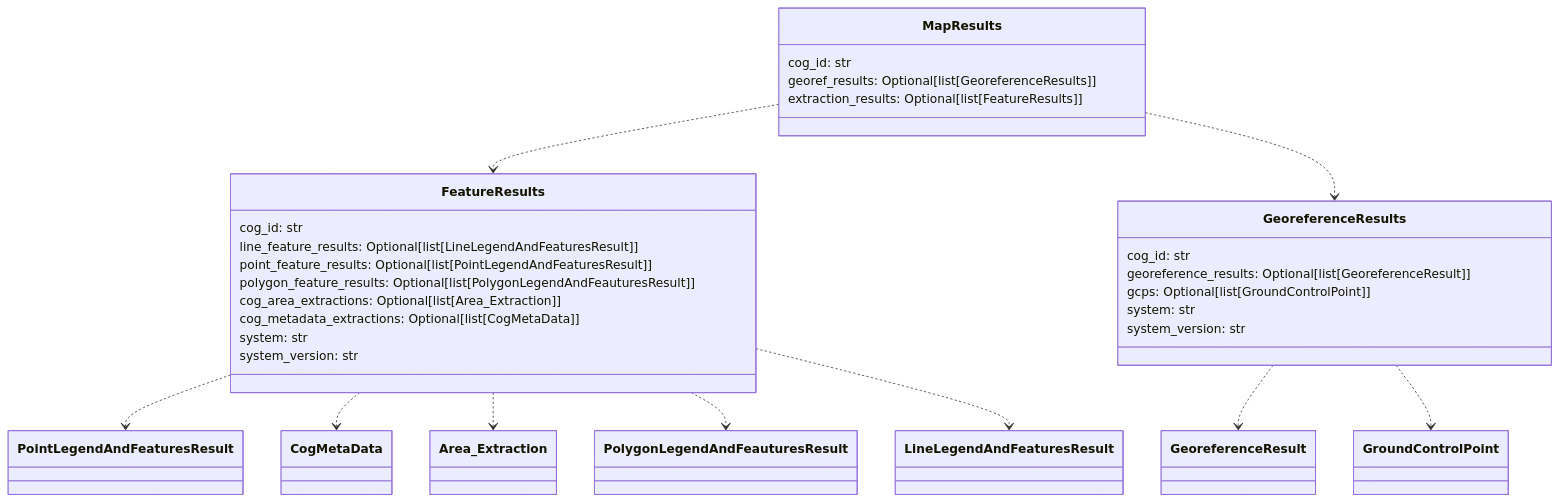
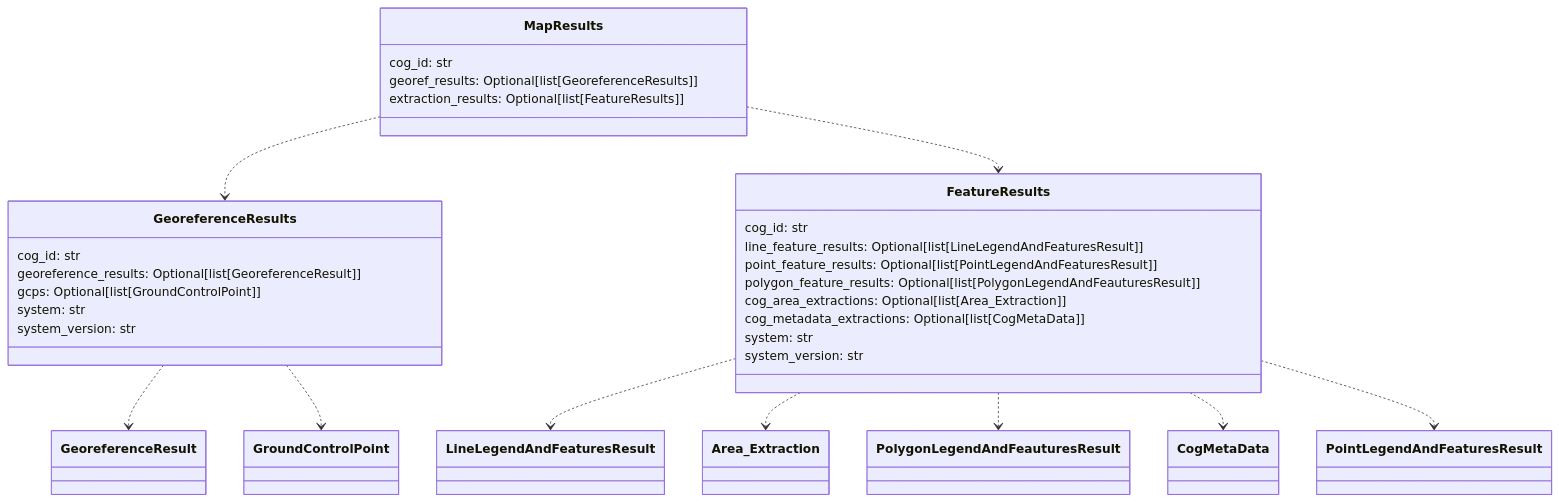
One commit to DARPA-CRITICALMAAS/cdr_schemas changed the tenth of 11 diagrams in README.md. Above: the diagram before and after it, drawn with Mermaid. The commit also changed other lines of this file and 1 other file, not shown here.

````diff
--- a/README.md
+++ b/README.md
@@ -767,40 +767,40 @@
 ```mermaid
 classDiagram
 
     class GeoreferenceResults {
         cog_id: str
         georeference_results: Optional[list[GeoreferenceResult]]
         gcps: Optional[list[GroundControlPoint]]
         system: str
         system_version: str
-    }
-
-    class MapResults {
-        cog_id: str
-        georef_results: Optional[list[GeoreferenceResults]]
-        extraction_results: Optional[list[FeatureResults]]
     }
 
     class FeatureResults {
         cog_id: str
         line_feature_results: Optional[list[LineLegendAndFeaturesResult]]
         point_feature_results: Optional[list[PointLegendAndFeaturesResult]]
         polygon_feature_results: Optional[list[PolygonLegendAndFeauturesResult]]
         cog_area_extractions: Optional[list[Area_Extraction]]
         cog_metadata_extractions: Optional[list[CogMetaData]]
         system: str
         system_version: str
     }
 
-    FeatureResults ..> PointLegendAndFeaturesResult
-    FeatureResults ..> CogMetaData
+    class MapResults {
+        cog_id: str
+        georef_results: Optional[list[GeoreferenceResults]]
+        extraction_results: Optional[list[FeatureResults]]
+    }
+
+    FeatureResults ..> LineLegendAndFeaturesResult
     FeatureResults ..> Area_Extraction
     FeatureResults ..> PolygonLegendAndFeauturesResult
-    FeatureResults ..> LineLegendAndFeaturesResult
+    FeatureResults ..> CogMetaData
+    FeatureResults ..> PointLegendAndFeaturesResult
     GeoreferenceResults ..> GeoreferenceResult
     GeoreferenceResults ..> GroundControlPoint
+    MapResults ..> GeoreferenceResults
     MapResults ..> FeatureResults
-    MapResults ..> GeoreferenceResults
 
 
 ```
````
